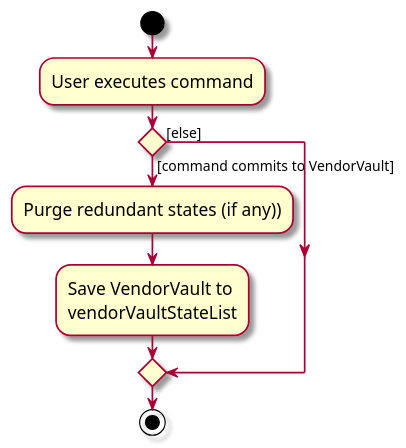
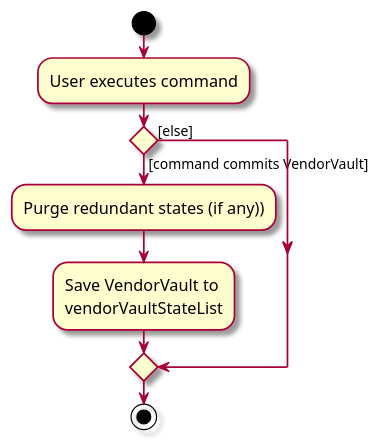
One commit to jolenechong/tp changed the diagram in diagrams/CommitActivityDiagram.puml. Above: the diagram before and after it, drawn with PlantUML. The commit also changed 40 other files, not shown here.

```diff
--- a/diagrams/CommitActivityDiagram.puml
+++ b/diagrams/CommitActivityDiagram.puml
@@ -1,18 +1,18 @@
 @startuml
 skin rose
-skinparam ActivityFontSize 15
+skinparam ActivityFontSize 14
 skinparam ArrowFontSize 12
 start
 :User executes command;
 
 'Since the beta syntax does not support placing the condition outside the
 'diamond we place it as the true branch instead.
 
-if () then ([command commits to VendorVault])
+if () then ([command commits VendorVault])
     :Purge redundant states (if any));
     :Save VendorVault to
     vendorVaultStateList;
 else ([else])
 endif
 stop
 @enduml
```
